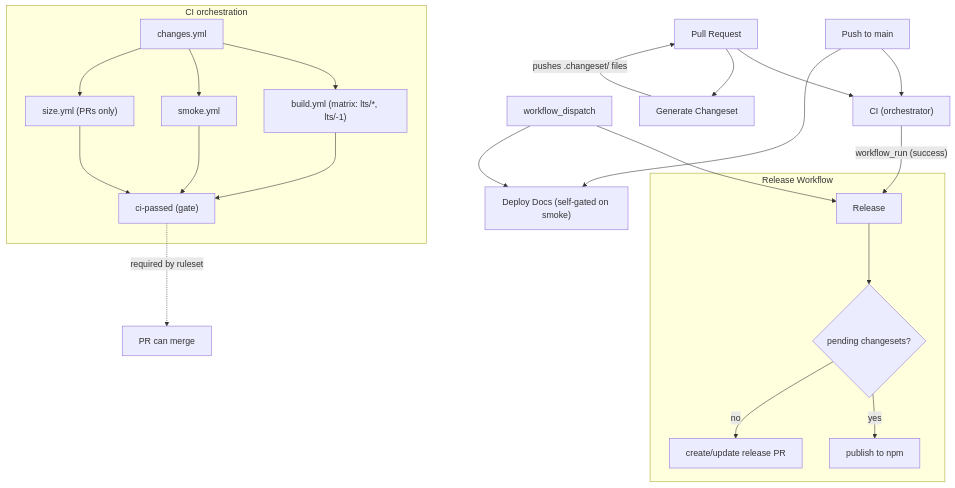
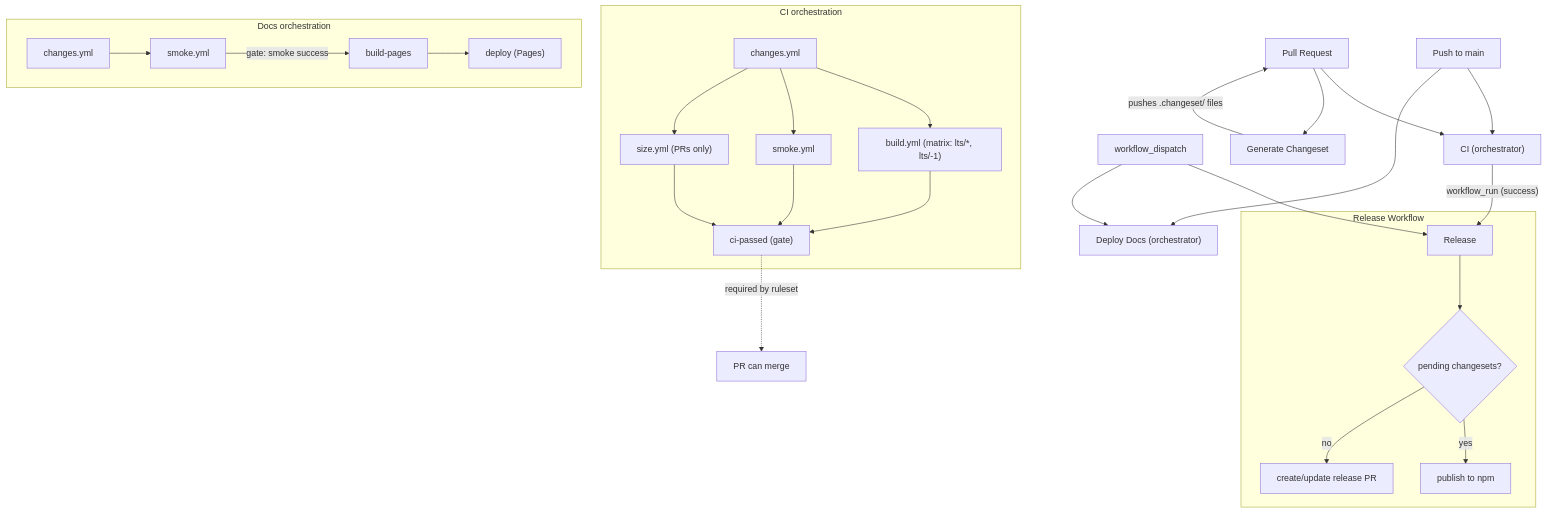
The first of 2 diagrams in .github/workflows/README.md (thejustinwalsh/three-flatland), drawn with Mermaid before and after one commit. The commit also changed other lines of this file, not shown here.

Commit message:
docs(ci): update flow graph + composable layout for Docs orchestrator
Flow Overview mermaid now shows the Docs orchestration subgraph with
its internal changes → smoke → build-pages → deploy chain, parallel
to the CI orchestration subgraph.

Composable Layout table lists docs.yml as an orchestrator alongside
ci.yml. Turbo Cache table adds docs.build-pages (shares the current
build leg's cache namespace — usually a cache hit since smoke already
built docs#build via the turbo dep graph).

````diff
--- a/.github/workflows/README.md
+++ b/.github/workflows/README.md
@@ -5,31 +5,38 @@
 ```mermaid
 graph TD
     PR["Pull Request"] --> CI["CI (orchestrator)"]
     PR --> Changeset["Generate Changeset"]
     Changeset -->|"pushes .changeset/ files"| PR
 
     Push["Push to main"] --> CI
-    Push --> Docs["Deploy Docs (self-gated on smoke)"]
+    Push --> Docs["Deploy Docs (orchestrator)"]
 
     CI -->|"workflow_run (success)"| Release["Release"]
     Manual["workflow_dispatch"] --> Release
     Manual --> Docs
 
     subgraph "CI orchestration"
-        Changes["changes.yml"]
-        Changes --> Build["build.yml (matrix: lts/*, lts/-1)"]
-        Changes --> Smoke["smoke.yml"]
-        Changes --> Size["size.yml (PRs only)"]
-        Build --> Gate["ci-passed (gate)"]
-        Smoke --> Gate
-        Size --> Gate
+        CIChanges["changes.yml"]
+        CIChanges --> CIBuild["build.yml (matrix: lts/*, lts/-1)"]
+        CIChanges --> CISmoke["smoke.yml"]
+        CIChanges --> CISize["size.yml (PRs only)"]
+        CIBuild --> Gate["ci-passed (gate)"]
+        CISmoke --> Gate
+        CISize --> Gate
     end
 
     Gate -.->|"required by ruleset"| Merge["PR can merge"]
+
+    subgraph "Docs orchestration"
+        DocsChanges["changes.yml"]
+        DocsChanges --> DocsSmoke["smoke.yml"]
+        DocsSmoke -->|"gate: smoke success"| BuildPages["build-pages"]
+        BuildPages --> DocsDeploy["deploy (Pages)"]
+    end
 
     subgraph "Release Workflow"
         Release --> Changesets{"pending changesets?"}
         Changesets -->|yes| Publish["publish to npm"]
         Changesets -->|no| ReleasePR["create/update release PR"]
     end
 ```
````
